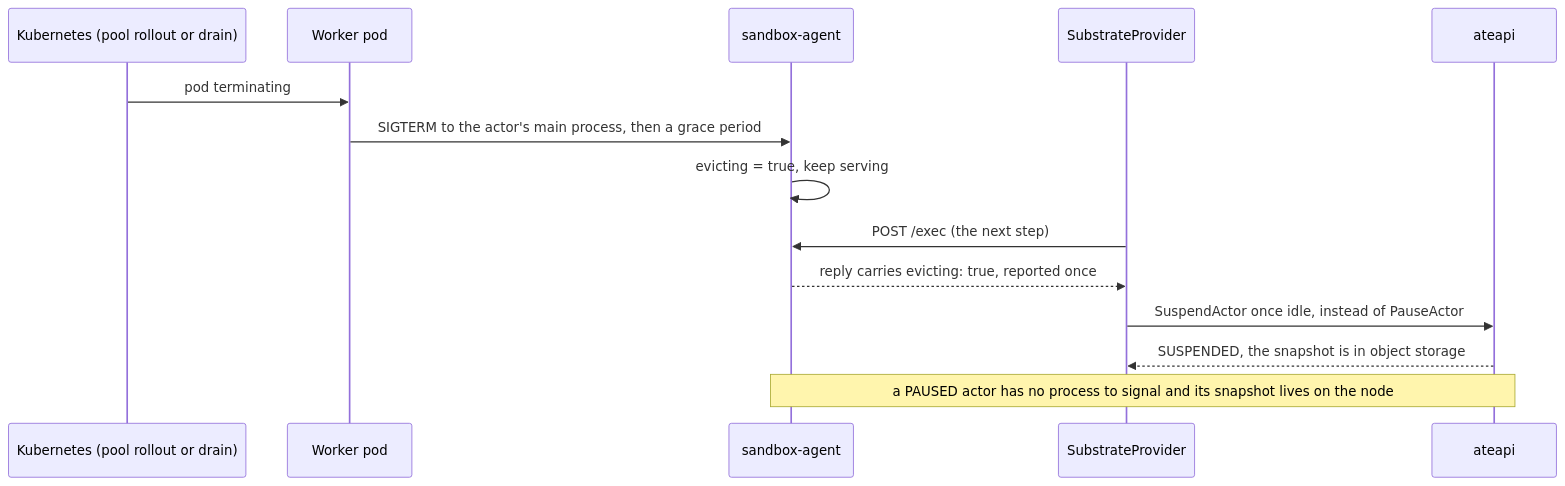
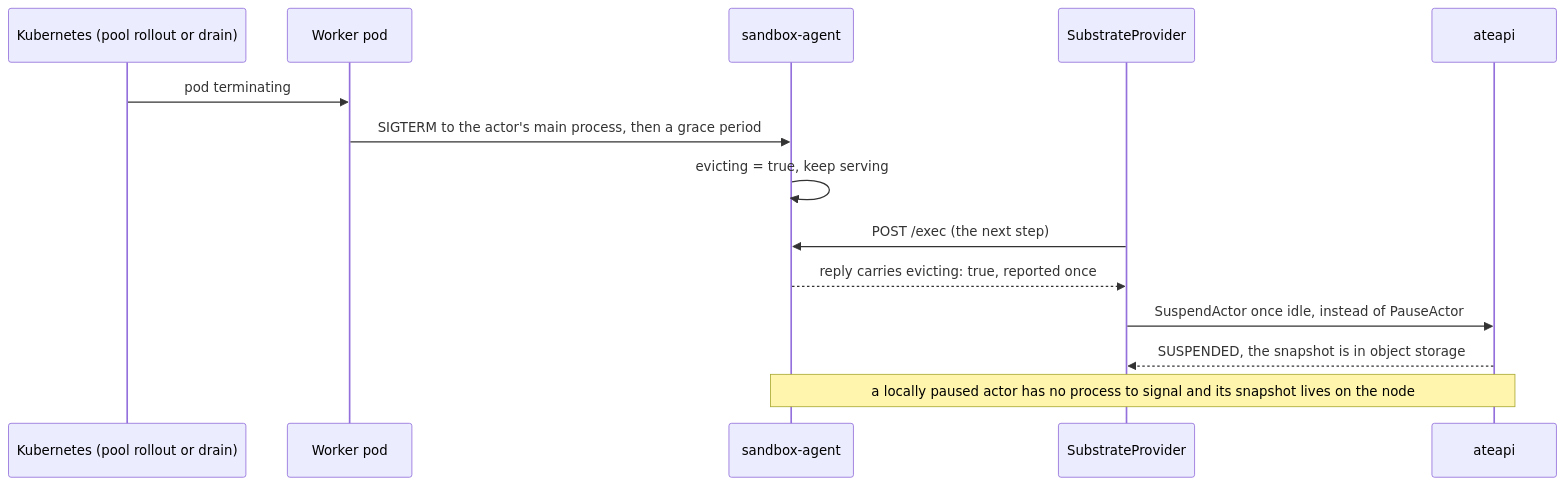
The sixth of 8 diagrams in docs/architecture.md (dims/gym-substrate), drawn with Mermaid before and after one commit. The commit also changed other lines of this file and 12 other files, not shown here.

First line of the commit message:
Check snapshot storage when verifying paused actors

````diff
--- a/docs/architecture.md
+++ b/docs/architecture.md
@@ -259,17 +259,17 @@
 ```mermaid
 sequenceDiagram
   participant K as Kubernetes (pool rollout or drain)
   participant W as Worker pod
   participant S as sandbox-agent
   participant P as SubstrateProvider
   participant A as ateapi
 
   K->>W: pod terminating
   W->>S: SIGTERM to the actor's main process, then a grace period
   S->>S: evicting = true, keep serving
   P->>S: POST /exec (the next step)
   S-->>P: reply carries evicting: true, reported once
   P->>A: SuspendActor once idle, instead of PauseActor
   A-->>P: SUSPENDED, the snapshot is in object storage
-  Note over S,A: a PAUSED actor has no process to signal and its snapshot lives on the node
+  Note over S,A: a locally paused actor has no process to signal and its snapshot lives on the node
 ```
````
